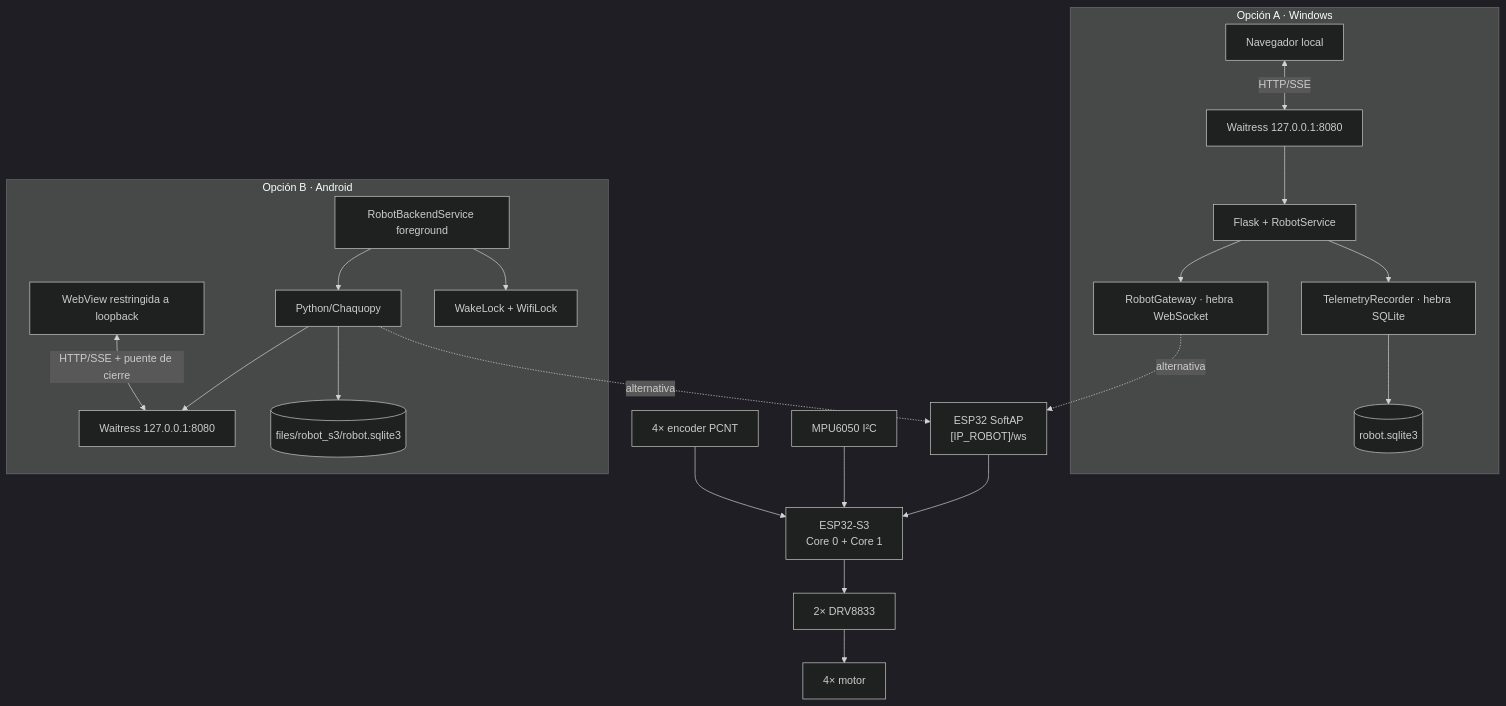
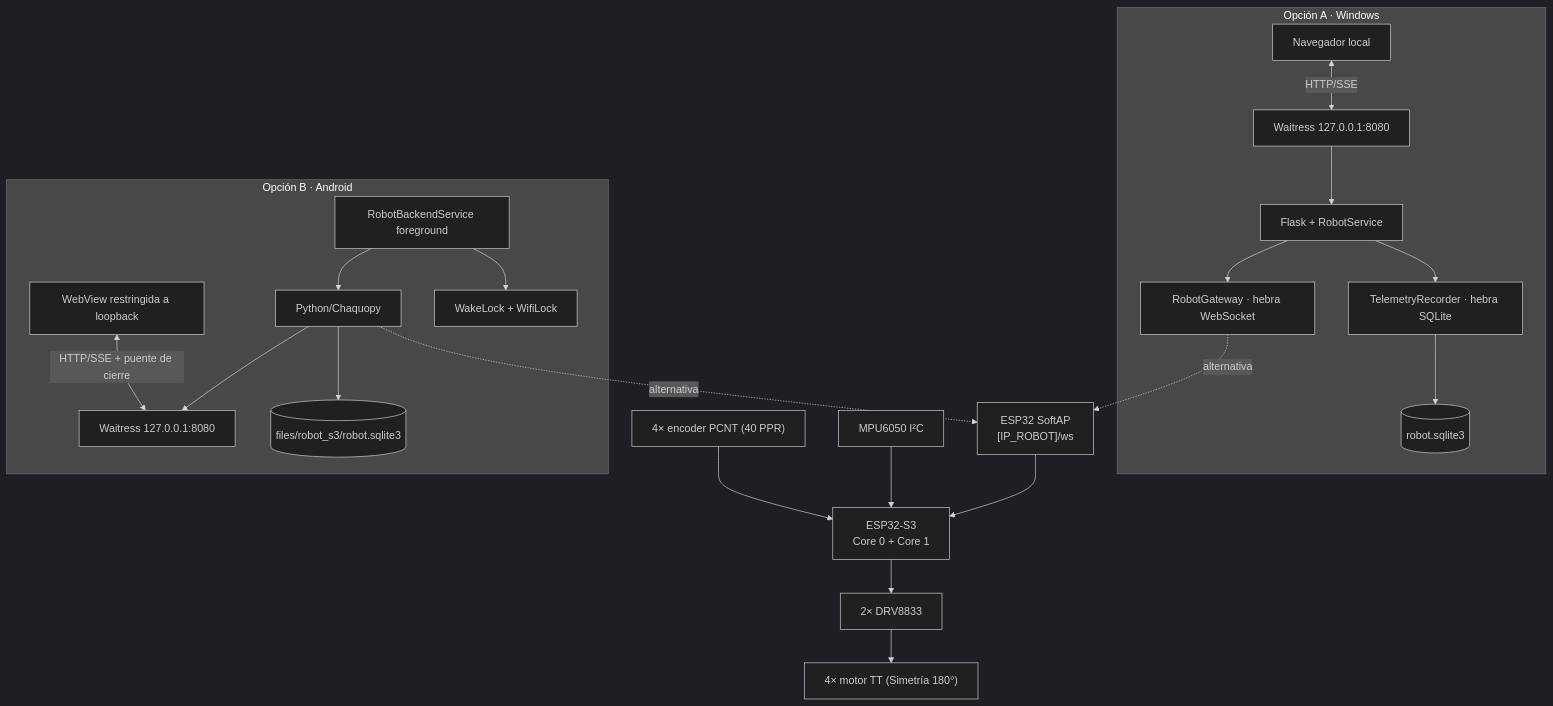
The second of 19 diagrams in DIAGRAMA_SISTEMA_GENERAL.md (RubenAndresGome/carroTest3-For-Esp32-s3-wroom), drawn with Mermaid (dark theme) before and after one commit. The commit also changed other lines of this file and 369 other files, not shown here.

````diff
--- a/DIAGRAMA_SISTEMA_GENERAL.md
+++ b/DIAGRAMA_SISTEMA_GENERAL.md
@@ -30,42 +71,42 @@
 ```mermaid
 flowchart TB
     subgraph WIN["Opción A · Windows"]
         Browser["Navegador local"]
         WaitressW["Waitress 127.0.0.1:8080"]
         FlaskW["Flask + RobotService"]
         GatewayW["RobotGateway · hebra WebSocket"]
         RecorderW["TelemetryRecorder · hebra SQLite"]
         DBW[("robot.sqlite3")]
         Browser <-->|"HTTP/SSE"| WaitressW
         WaitressW --> FlaskW
         FlaskW --> GatewayW
         FlaskW --> RecorderW --> DBW
     end
 
     subgraph AND["Opción B · Android"]
         WebView["WebView restringida a loopback"]
         Service["RobotBackendService foreground"]
         Chaquopy["Python/Chaquopy"]
         WaitressA["Waitress 127.0.0.1:8080"]
         DBA[("files/robot_s3/robot.sqlite3")]
         Locks["WakeLock + WifiLock"]
         WebView <-->|"HTTP/SSE + puente de cierre"| WaitressA
         Service --> Chaquopy --> WaitressA
         Service --> Locks
         Chaquopy --> DBA
     end
 
     AP["ESP32 SoftAP<br/>[IP_ROBOT]/ws"]
     ESP["ESP32-S3<br/>Core 0 + Core 1"]
     Driver["2× DRV8833"]
-    Motors["4× motor"]
-    Enc["4× encoder PCNT"]
+    Motors["4× motor TT (Simetría 180°)"]
+    Enc["4× encoder PCNT (40 PPR)"]
     IMU["MPU6050 I²C"]
 
     GatewayW -. "alternativa" .-> AP
     Chaquopy -. "alternativa" .-> AP
     AP --> ESP
     ESP --> Driver --> Motors
     Enc --> ESP
     IMU --> ESP
 ```
````
